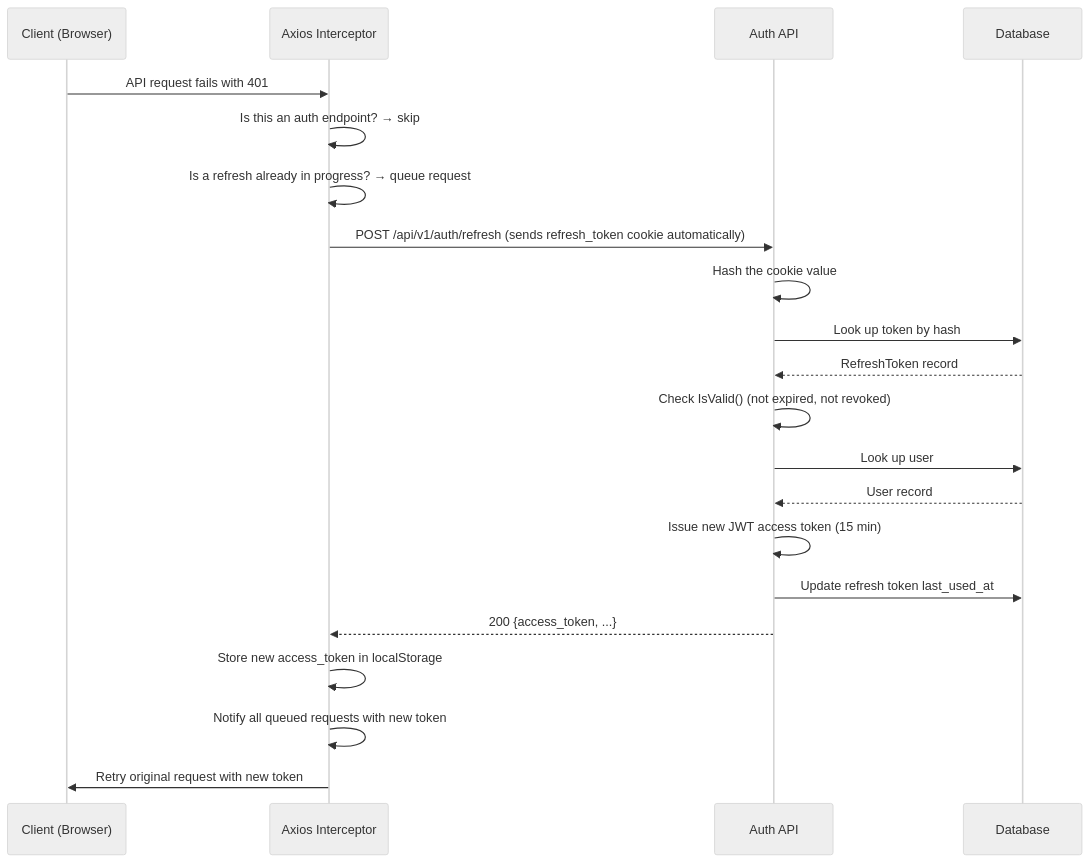
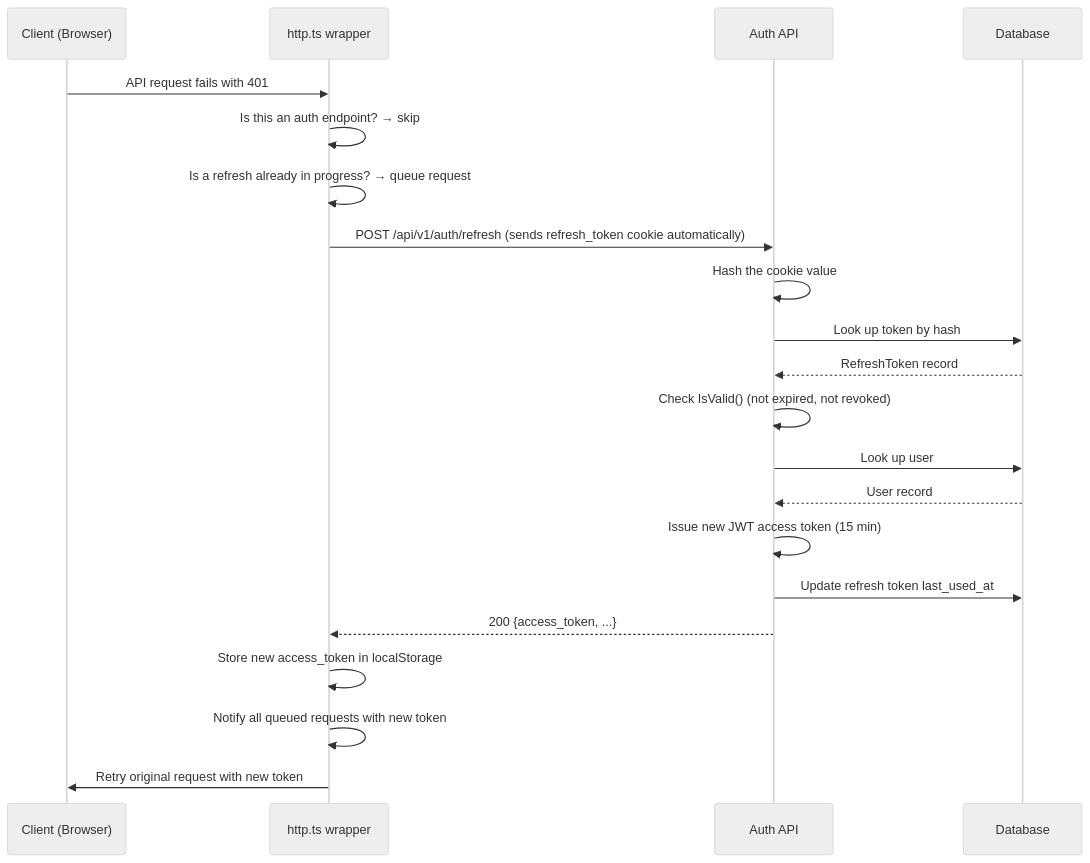
One commit to denisvmedia/inventario changed the second of 3 diagrams in devdocs/REFRESH_TOKEN_SYSTEM.md. Above: the diagram before and after it, drawn with Mermaid (neutral theme). The commit also changed other lines of this file and 40 other files, not shown here.

````diff
--- a/devdocs/REFRESH_TOKEN_SYSTEM.md
+++ b/devdocs/REFRESH_TOKEN_SYSTEM.md
@@ -82,24 +82,24 @@
 ```mermaid
 sequenceDiagram
     participant C as Client (Browser)
-    participant I as Axios Interceptor
+    participant I as http.ts wrapper
     participant A as Auth API
     participant DB as Database
 
     C->>I: API request fails with 401
     I->>I: Is this an auth endpoint? → skip
     I->>I: Is a refresh already in progress? → queue request
     I->>A: POST /api/v1/auth/refresh (sends refresh_token cookie automatically)
     A->>A: Hash the cookie value
     A->>DB: Look up token by hash
     DB-->>A: RefreshToken record
     A->>A: Check IsValid() (not expired, not revoked)
     A->>DB: Look up user
     DB-->>A: User record
     A->>A: Issue new JWT access token (15 min)
     A->>DB: Update refresh token last_used_at
     A-->>I: 200 {access_token, ...}
     I->>I: Store new access_token in localStorage
     I->>I: Notify all queued requests with new token
     I->>C: Retry original request with new token
 ```
````
